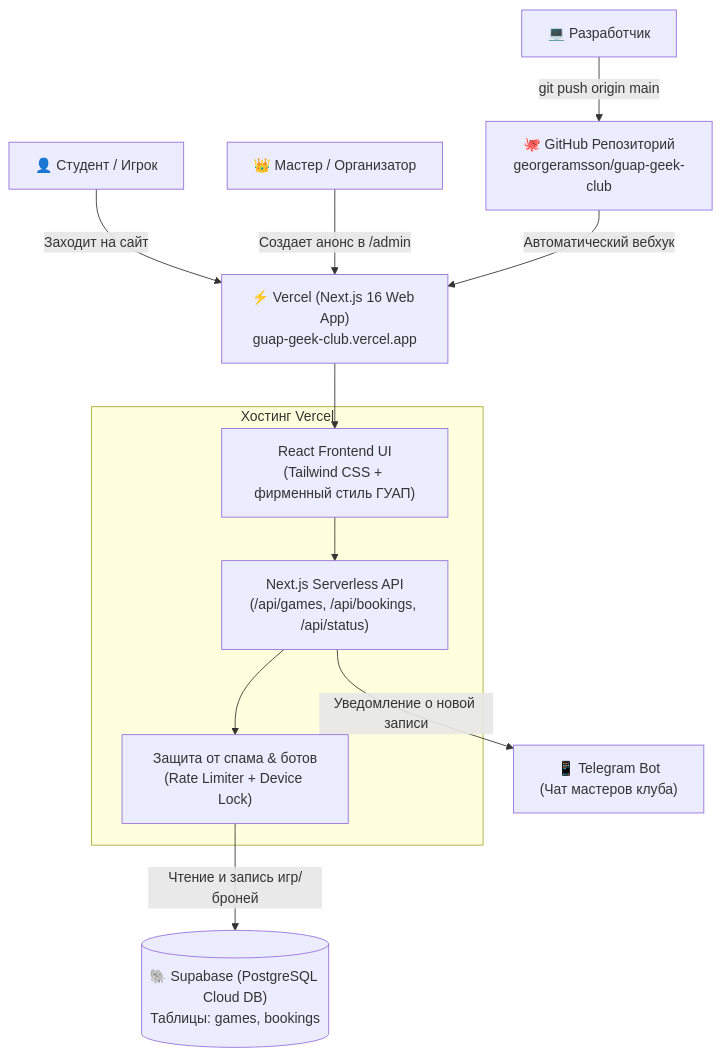
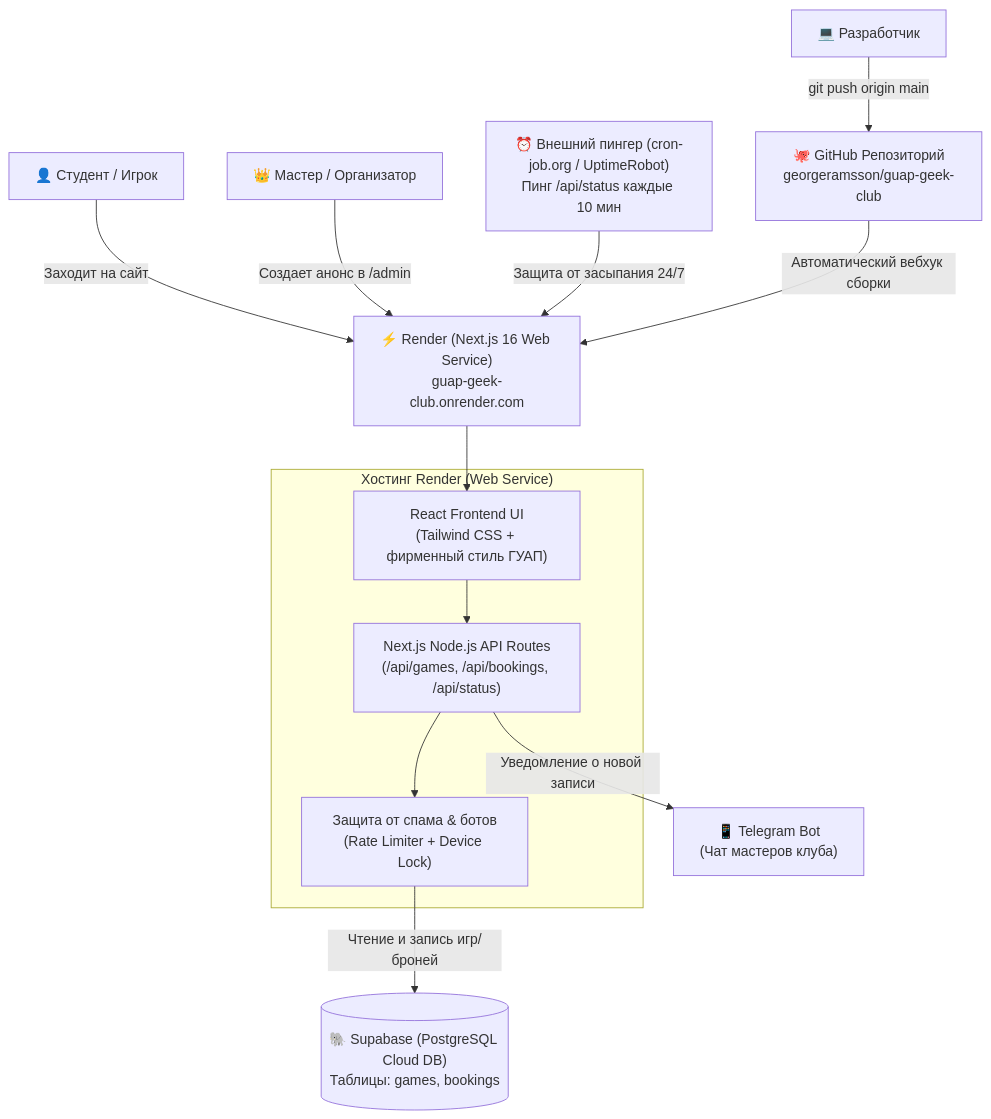
The diagram in README.md (georgeramsson/guap-geek-club), drawn with Mermaid before and after one commit. The commit also changed other lines of this file and 5 other files, not shown here.

````diff
--- a/README.md
+++ b/README.md
@@ -18,21 +18,22 @@
 ```mermaid
 flowchart TD
-    Player["👤 Студент / Игрок"] -->|Заходит на сайт| WebApp["⚡ Vercel (Next.js 16 Web App)<br/>guap-geek-club.vercel.app"]
+    Player["👤 Студент / Игрок"] -->|Заходит на сайт| WebApp["⚡ Render (Next.js 16 Web Service)<br/>guap-geek-club.onrender.com"]
     Master["👑 Мастер / Организатор"] -->|Создает анонс в /admin| WebApp
+    CronJob["⏰ Внешний пингер (cron-job.org / UptimeRobot)<br/>Пинг /api/status каждые 10 мин"] -->|Защита от засыпания 24/7| WebApp
     
-    subgraph VercelApp["Хостинг Vercel"]
+    subgraph RenderApp["Хостинг Render (Web Service)"]
         UI["React Frontend UI<br/>(Tailwind CSS + фирменный стиль ГУАП)"]
-        API["Next.js Serverless API<br/>(/api/games, /api/bookings, /api/status)"]
+        API["Next.js Node.js API Routes<br/>(/api/games, /api/bookings, /api/status)"]
         RateLimit["Защита от спама & ботов<br/>(Rate Limiter + Device Lock)"]
     end
     
     WebApp --> UI
     UI --> API
     API --> RateLimit
     
     RateLimit -->|Чтение и запись игр/броней| Supabase[("🐘 Supabase (PostgreSQL Cloud DB)<br/>Таблицы: games, bookings")]
     API -->|Уведомление о новой записи| Telegram["📱 Telegram Bot<br/>(Чат мастеров клуба)"]
     
     Developer["💻 Разработчик"] -->|git push origin main| GitHub["🐙 GitHub Репозиторий<br/>georgeramsson/guap-geek-club"]
-    GitHub -->|Автоматический вебхук| WebApp
+    GitHub -->|Автоматический вебхук сборки| WebApp
 ```
````
